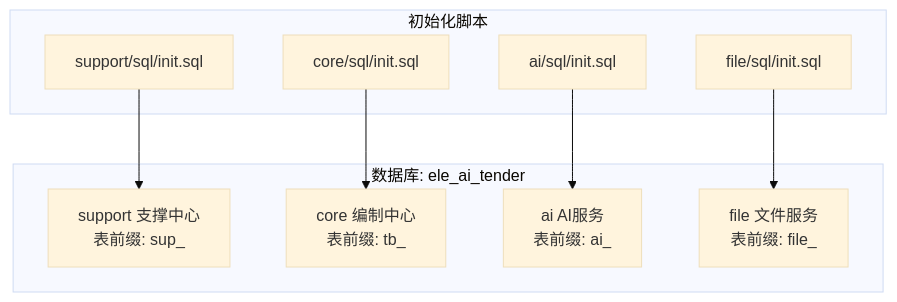
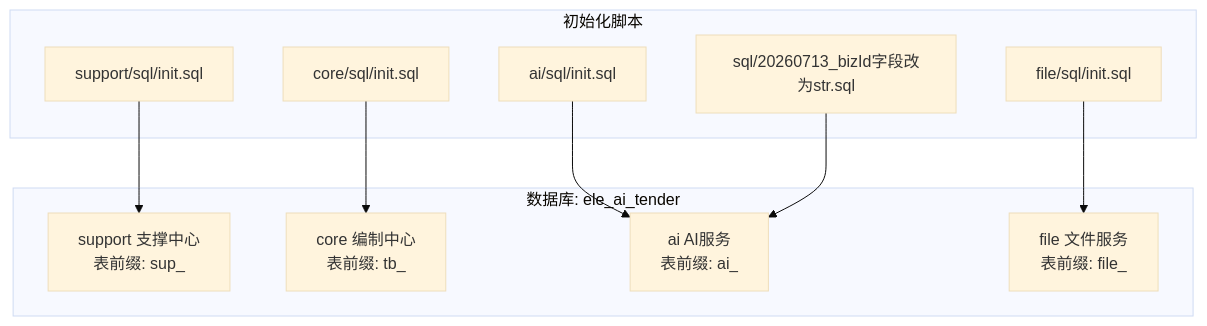
Before and after one commit to DrunkFood/First: the first of 6 diagrams in .qoder/repowiki/zh/content/数据库设计/数据库设计.md, drawn with Mermaid (base theme). The commit also changed other lines of this file and 77 other files, not shown here.

````diff
--- a/.qoder/repowiki/zh/content/数据库设计/数据库设计.md
+++ b/.qoder/repowiki/zh/content/数据库设计/数据库设计.md
@@ -44,19 +51,21 @@
 ```mermaid
 graph TB
 subgraph "数据库: ele_ai_tender"
 A["support 支撑中心<br/>表前缀: sup_"]
 B["core 编制中心<br/>表前缀: tb_"]
 C["ai AI服务<br/>表前缀: ai_"]
 D["file 文件服务<br/>表前缀: file_"]
 end
 subgraph "初始化脚本"
 S1["support/sql/init.sql"]
 S2["core/sql/init.sql"]
 S3["ai/sql/init.sql"]
 S4["file/sql/init.sql"]
+S5["sql/20260713_bizId字段改为str.sql"]
 end
 S1 --> A
 S2 --> B
 S3 --> C
 S4 --> D
+S5 --> C
 ```
````
